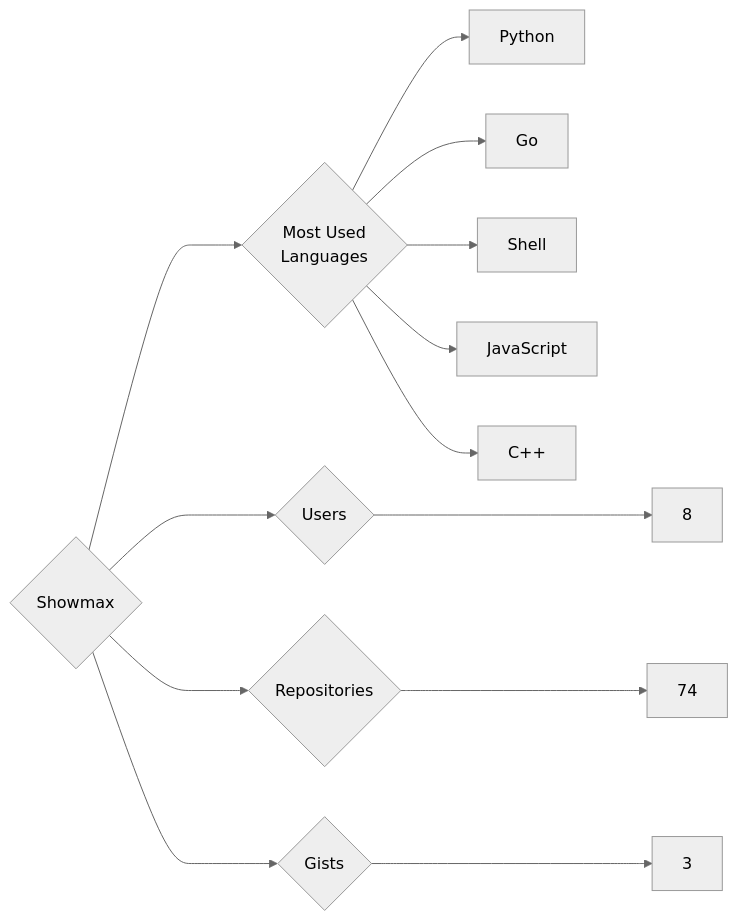
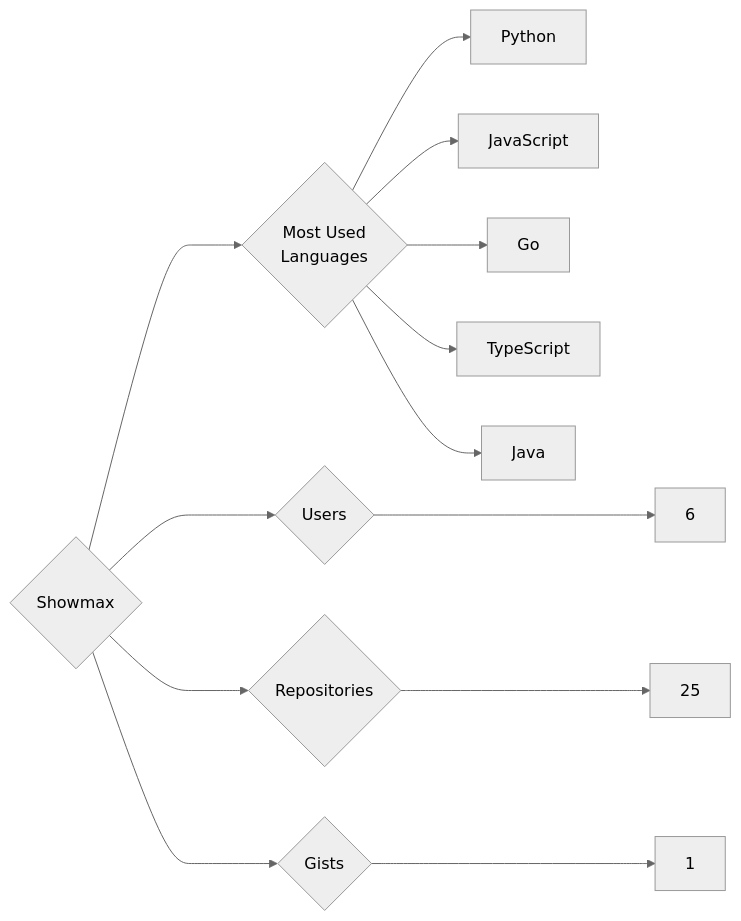
Before and after one commit to trickest/insiders: the diagram in targets/Showmax/README.md, drawn with Mermaid (neutral theme). The commit also changed 1496 other files, not shown here.

````diff
--- a/targets/Showmax/README.md
+++ b/targets/Showmax/README.md
@@ -3,13 +3,13 @@
 ```mermaid
 graph LR
 COMPANY_NAME{Showmax}
-COMPANY_NAME ---> U{Users} ---> UN[8]
-COMPANY_NAME ---> R{Repositories} ---> RN[74]
-COMPANY_NAME ---> G{Gists} ---> GN[3]
+COMPANY_NAME ---> U{Users} ---> UN[6]
+COMPANY_NAME ---> R{Repositories} ---> RN[25]
+COMPANY_NAME ---> G{Gists} ---> GN[1]
 COMPANY_NAME ---> ML{Most Used<br>Languages}
 ML --> Python[Python]
+ML --> JavaScript[JavaScript]
 ML --> Go[Go]
-ML --> Shell[Shell]
-ML --> JavaScript[JavaScript]
-ML --> C++[C++]
+ML --> TypeScript[TypeScript]
+ML --> Java[Java]
 ```
````
